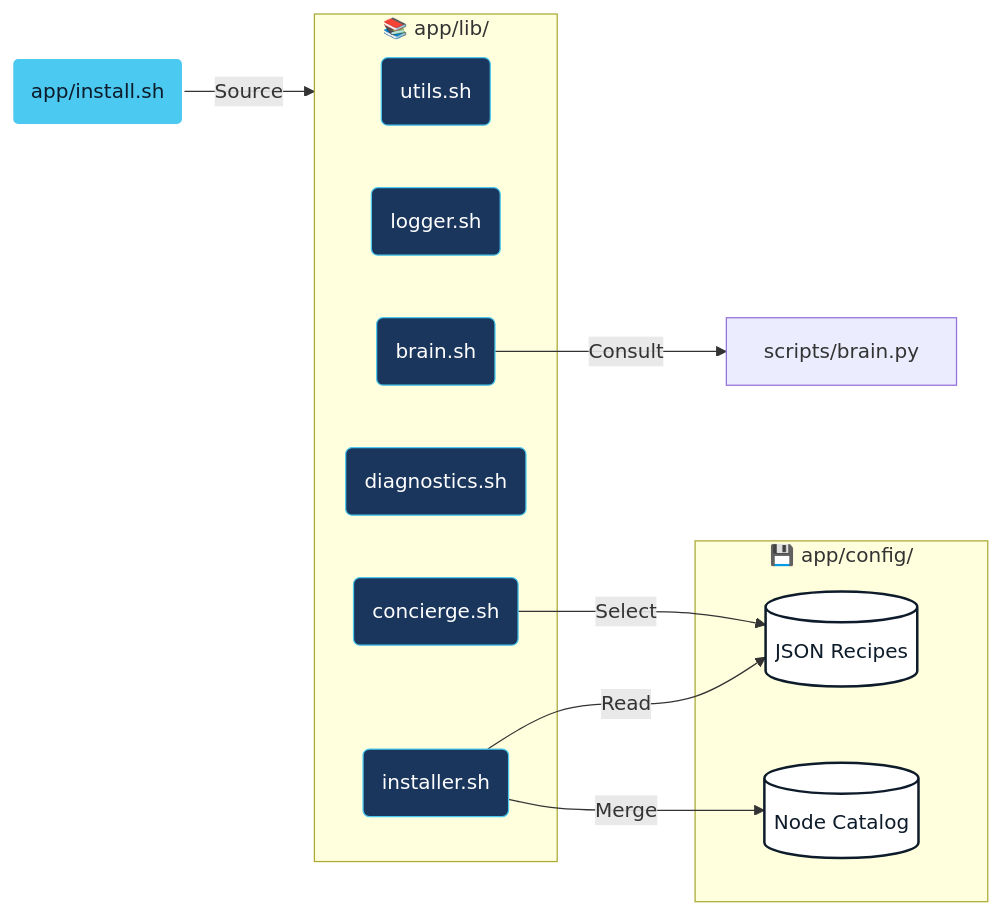
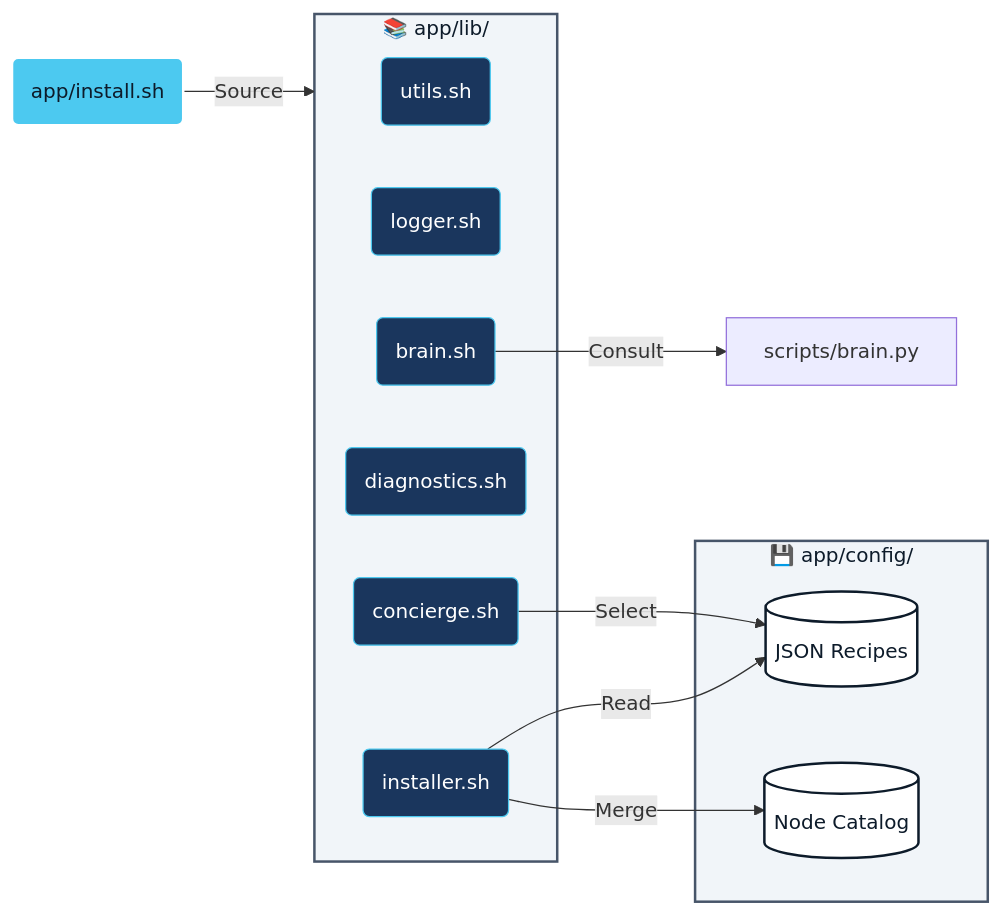
One commit to roguelikeCode/takumi-comfyui-advisor changed the second of 4 diagrams in architecture.md. Above: the diagram before and after it, drawn with Mermaid. The commit also changed other lines of this file, not shown here.

Commit message:
chore(architecture.md): fix mermaid colors for github visibility

````diff
--- a/architecture.md
+++ b/architecture.md
@@ -59,29 +67,36 @@
 ```mermaid
 graph LR
-    %% --- Styles ---
+    %% --- Node Styles ---
     classDef entry fill:#4cc9f0,stroke:#ffffff,stroke-width:2px,color:#0d1b2a;
     classDef lib fill:#1a365d,stroke:#4cc9f0,stroke-width:1px,color:#ffffff;
     classDef data fill:#ffffff,stroke:#0d1b2a,stroke-width:2px,color:#0d1b2a;
+    
+    %% --- Subgraph Styles (Fix for Yellow Background) ---
+    %% Fill: Very Light Blue-Gray (#f1f5f9) instead of Yellow
+    classDef groupStyle fill:#f1f5f9,stroke:#475569,stroke-width:2px,color:#0d1b2a;
 
     Entry("app/install.sh"):::entry
 
     subgraph Libraries ["📚 app/lib/"]
         Utils(utils.sh):::lib
         Logger(logger.sh):::lib
         BrainInterface(brain.sh):::lib
         Diagnostics(diagnostics.sh):::lib
         Concierge(concierge.sh):::lib
         Core(installer.sh):::lib
     end
 
     subgraph Data ["💾 app/config/"]
         Recipes[("JSON Recipes")]:::data
         Catalog[("Node Catalog")]:::data
     end
 
     Entry -->|Source| Libraries
     Core -->|Read| Recipes
     Core -->|Merge| Catalog
     Concierge -->|Select| Recipes
     BrainInterface -->|Consult| Brain["scripts/brain.py"]
+    
+    %% Apply Subgraph Styles explicitly
+    class Libraries,Data groupStyle;
 ```
````
